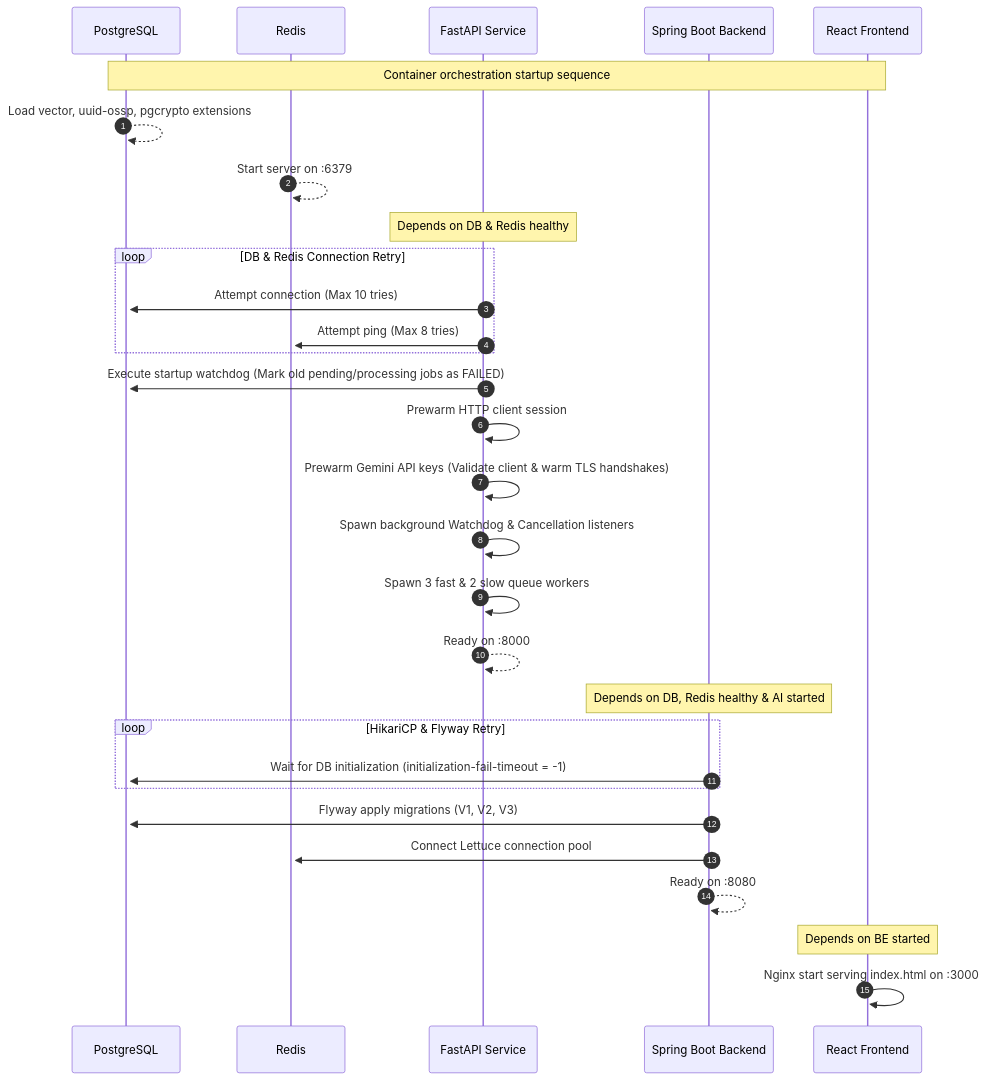
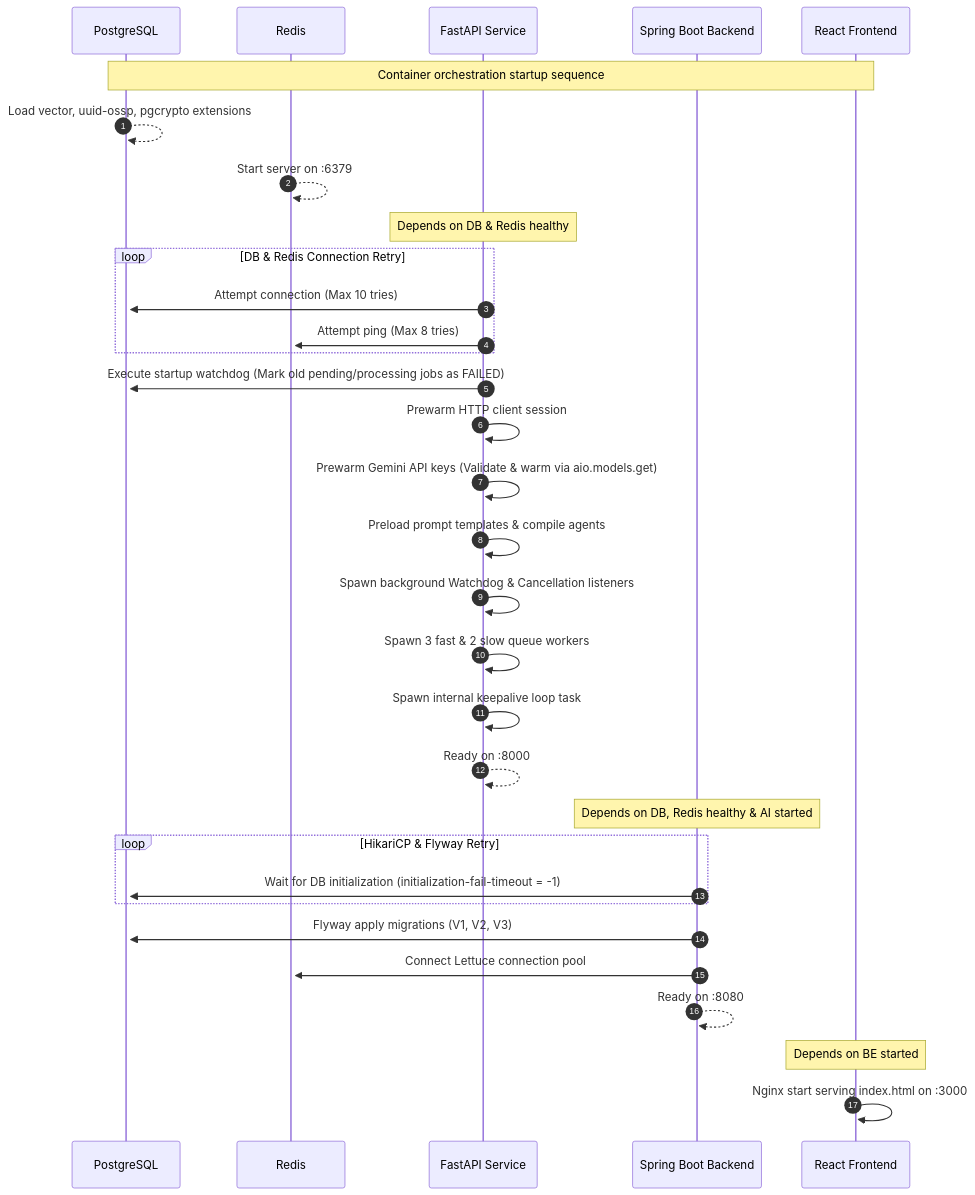
Before and after one commit to himanshusalve16/TruthStream-Multi-Agent-Fact-Checking-Pipeline: the second of 4 diagrams in Working.md, drawn with Mermaid. The commit also changed other lines of this file and 9 other files, not shown here.

Commit message:
Lightweight Keepalive + Health Architecture

````diff
--- a/Working.md
+++ b/Working.md
@@ -43,41 +43,43 @@
 ```mermaid
 sequenceDiagram
   autonumber
   participant DB as PostgreSQL
   participant RD as Redis
   participant AI as FastAPI Service
   participant BE as Spring Boot Backend
   participant FE as React Frontend
 
   Note over DB,FE: Container orchestration startup sequence
   activate DB
   activate RD
   DB-->>DB: Load vector, uuid-ossp, pgcrypto extensions
   RD-->>RD: Start server on :6379
 
   Note over AI: Depends on DB & Redis healthy
   activate AI
   loop DB & Redis Connection Retry
       AI->>DB: Attempt connection (Max 10 tries)
       AI->>RD: Attempt ping (Max 8 tries)
   end
   AI->>DB: Execute startup watchdog (Mark old pending/processing jobs as FAILED)
   AI->>AI: Prewarm HTTP client session
-  AI->>AI: Prewarm Gemini API keys (Validate client & warm TLS handshakes)
+  AI->>AI: Prewarm Gemini API keys (Validate & warm via aio.models.get)
+  AI->>AI: Preload prompt templates & compile agents
   AI->>AI: Spawn background Watchdog & Cancellation listeners
   AI->>AI: Spawn 3 fast & 2 slow queue workers
+  AI->>AI: Spawn internal keepalive loop task
   AI-->>AI: Ready on :8000
 
   Note over BE: Depends on DB, Redis healthy & AI started
   activate BE
   loop HikariCP & Flyway Retry
       BE->>DB: Wait for DB initialization (initialization-fail-timeout = -1)
   end
   BE->>DB: Flyway apply migrations (V1, V2, V3)
   BE->>RD: Connect Lettuce connection pool
   BE-->>BE: Ready on :8080
 
   Note over FE: Depends on BE started
   activate FE
   FE->>FE: Nginx start serving index.html on :3000
 ```
````
